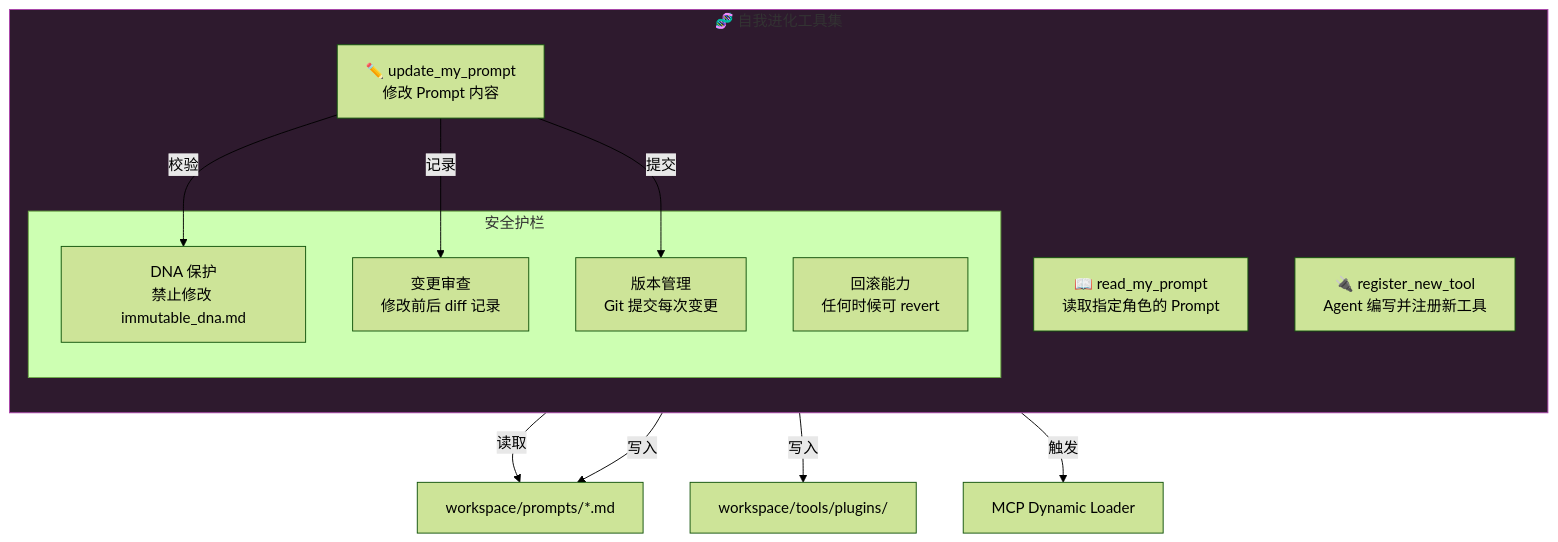
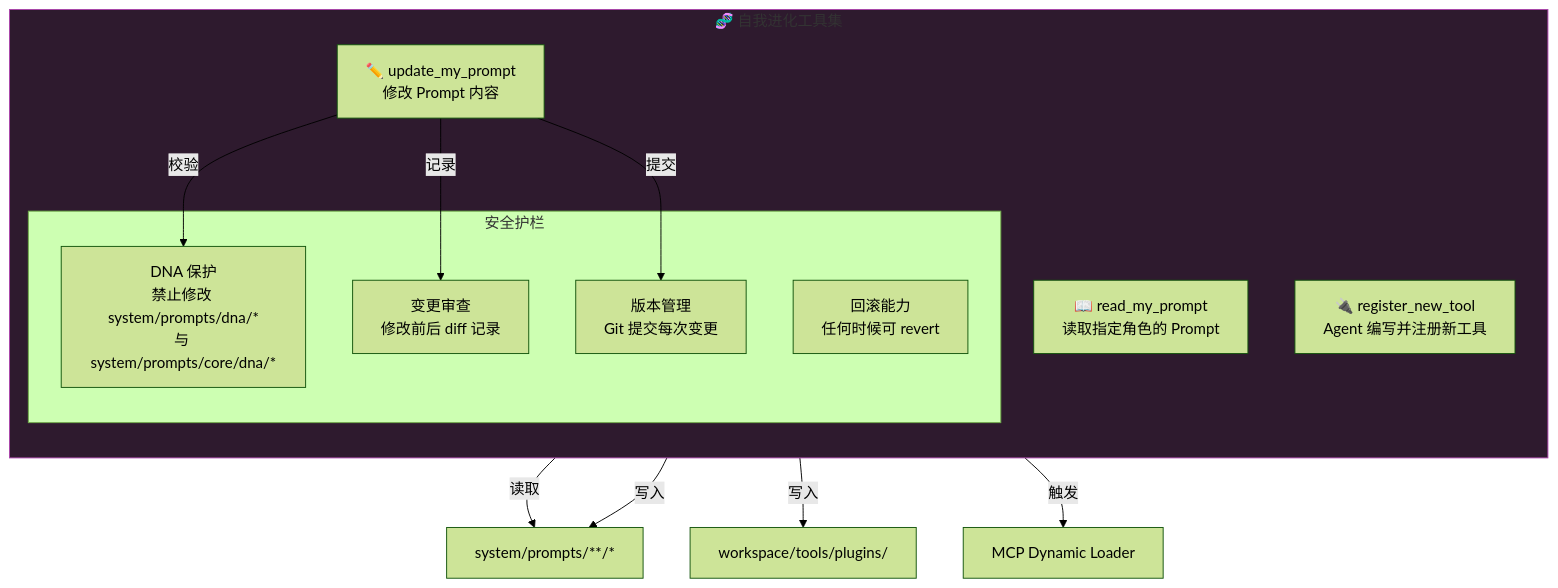
Before and after one commit to Yidhar/Embla_System: diagram 11 of 17 in doc/12-limbs-layer-modules.md, drawn with Mermaid (forest theme). The commit also changed other lines of this file and 11 other files, not shown here.

````diff
--- a/doc/12-limbs-layer-modules.md
+++ b/doc/12-limbs-layer-modules.md
@@ -668,26 +668,26 @@
 ```mermaid
 flowchart TB
     subgraph SelfEvo["🧬 自我进化工具集"]
         direction TB
         READ_P["📖 read_my_prompt<br/>读取指定角色的 Prompt"]
         UPDATE_P["✏️ update_my_prompt<br/>修改 Prompt 内容"]
         REG_TOOL["🔌 register_new_tool<br/>Agent 编写并注册新工具"]
 
         subgraph SafeGuards["安全护栏"]
-            DNA_CHECK["DNA 保护<br/>禁止修改 immutable_dna.md"]
+            DNA_CHECK["DNA 保护<br/>禁止修改 system/prompts/dna/*<br/>与 system/prompts/core/dna/*"]
             DIFF_REVIEW["变更审查<br/>修改前后 diff 记录"]
             VERSION["版本管理<br/>Git 提交每次变更"]
             ROLLBACK["回滚能力<br/>任何时候可 revert"]
         end
     end
 
-    READ_P -->|"读取"| PROMPTS["workspace/prompts/*.md"]
+    READ_P -->|"读取"| PROMPTS["system/prompts/**/*"]
     UPDATE_P -->|"写入"| PROMPTS
     UPDATE_P -->|"校验"| DNA_CHECK
     UPDATE_P -->|"记录"| DIFF_REVIEW
     UPDATE_P -->|"提交"| VERSION
     REG_TOOL -->|"写入"| PLUGINS["workspace/tools/plugins/"]
     REG_TOOL -->|"触发"| LOADER["MCP Dynamic Loader"]
 
     style SelfEvo fill:#2e1a2e,stroke:#aa44aa
 ```
````
